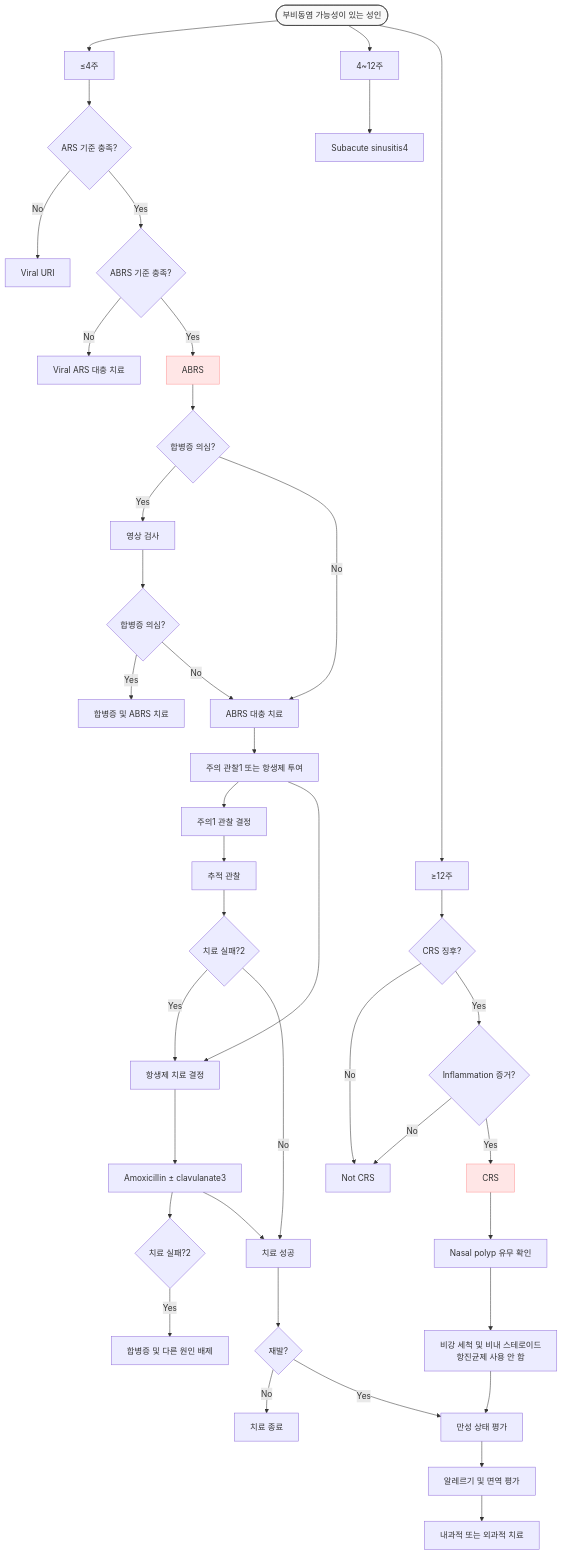
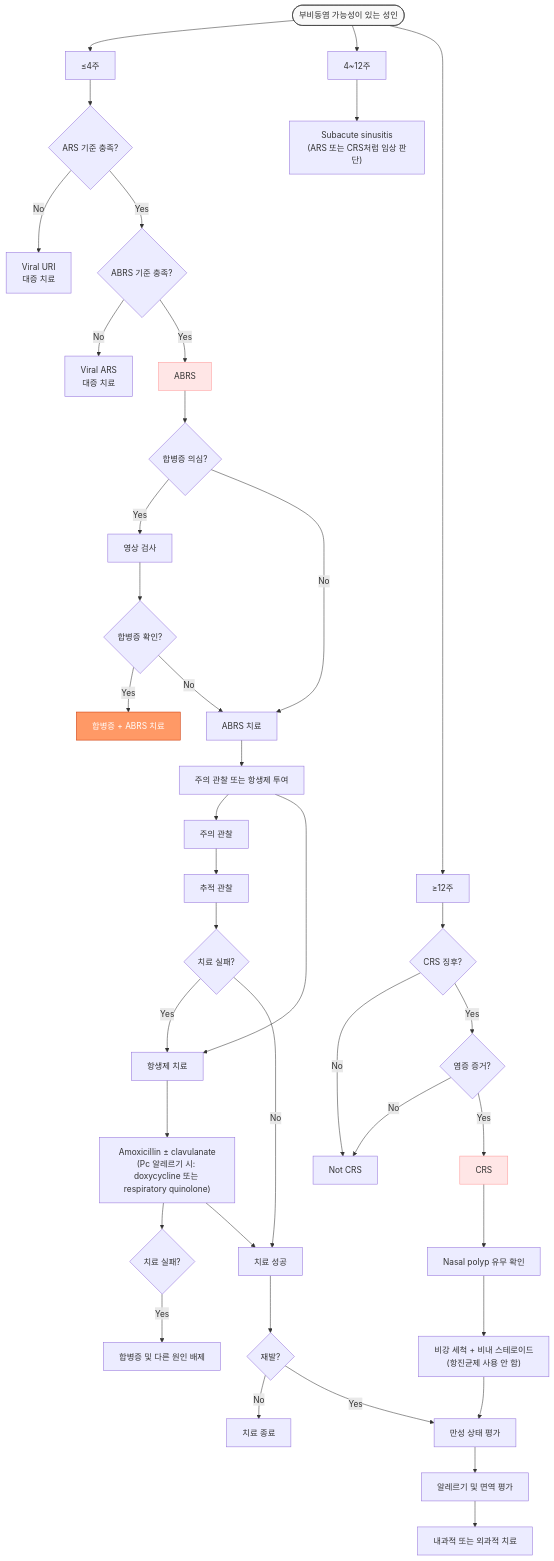
Before and after one commit to familyoh77/familyoh77: the diagram in 222_/053_-rhinosinusitis-sinusitis.md, drawn with Mermaid. The commit also changed other lines of this file and 1 other file, not shown here.

````diff
--- a/222_/053_-rhinosinusitis-sinusitis.md
+++ b/222_/053_-rhinosinusitis-sinusitis.md
@@ -369,71 +334,63 @@
 ```mermaid
 graph TD
-    %% 상단 시작 노드
     Start([부비동염 가능성이 있는 성인])
 
-    %% 기간별 분기
     Start --> LT4["≤4주"]
     Start --> B4to12["4~12주"]
     Start --> GT12["≥12주"]
 
-    %% [왼쪽] 4주 이하 경로
     LT4 --> ARS_C{ARS 기준 충족?}
-    ARS_C -- No --> Viral_URI[Viral URI]
+    ARS_C -- No --> Viral_URI[Viral URI\n대증 치료]
     ARS_C -- Yes --> ABRS_C{ABRS 기준 충족?}
-    
-    ABRS_C -- No --> Viral_ARS[Viral ARS 대충 치료]
+
+    ABRS_C -- No --> Viral_ARS[Viral ARS\n대증 치료]
     ABRS_C -- Yes --> ABRS[ABRS]
 
     ABRS --> Comp_1{합병증 의심?}
     Comp_1 -- Yes --> Imaging[영상 검사]
-    Comp_1 -- No --> ABRS_Tx[ABRS 대충 치료]
+    Comp_1 -- No --> ABRS_Tx[ABRS 치료]
 
-    Imaging --> Comp_2{합병증 의심?}
-    Comp_2 -- Yes --> Comp_Tx[합병증 및 ABRS 치료]
+    Imaging --> Comp_2{합병증 확인?}
+    Comp_2 -- Yes --> Comp_Tx[합병증 + ABRS 치료]
     Comp_2 -- No --> ABRS_Tx
 
-    ABRS_Tx --> Watch_Abx[주의 관찰1 또는 항생제 투여]
-    Watch_Abx --> Watch[주의1 관찰 결정]
-    Watch_Abx --> Abx[항생제 치료 결정]
+    ABRS_Tx --> Watch_Abx[주의 관찰 또는 항생제 투여]
+    Watch_Abx --> Watch[주의 관찰]
+    Watch_Abx --> Abx[항생제 치료]
 
     Watch --> Follow[추적 관찰]
-    Follow --> Fail_1{치료 실패?2}
+    Follow --> Fail_1{치료 실패?}
     Fail_1 -- Yes --> Abx
     Fail_1 -- No --> Success
 
-    Abx --> Amox[Amoxicillin ± clavulanate3]
-    Amox --> Fail_2{치료 실패?2}
+    Abx --> Amox["Amoxicillin ± clavulanate\n(Pc 알레르기 시: doxycycline 또는 respiratory quinolone)"]
+    Amox --> Fail_2{치료 실패?}
     Amox --> Success[치료 성공]
 
     Success --> Recur{재발?}
     Recur -- No --> End[치료 종료]
-    Recur -- Yes --> Eval_C((A))
+    Recur -- Yes --> Eval_C
 
     Fail_2 -- Yes --> Other_Rule[합병증 및 다른 원인 배제]
 
-    %% [중간] 4~12주
-    B4to12 --> Subacute[Subacute sinusitis4]
+    B4to12 --> Subacute["Subacute sinusitis\n(ARS 또는 CRS처럼 임상 판단)"]
 
-    %% [오른쪽] 12주 이상 경로 (CRS)
     GT12 --> CRS_S{CRS 징후?}
     CRS_S -- No --> Not_CRS[Not CRS]
-    CRS_S -- Yes --> Inflam_E{Inflammation 증거?}
-    
+    CRS_S -- Yes --> Inflam_E{염증 증거?}
+
     Inflam_E -- No --> Not_CRS
     Inflam_E -- Yes --> CRS[CRS]
 
     CRS --> Polyp[Nasal polyp 유무 확인]
-    Polyp --> Saline[비강 세척 및 비내 스테로이드
-    항진균제 사용 안 함]
+    Polyp --> Saline["비강 세척 + 비내 스테로이드\n(항진균제 사용 안 함)"]
     Saline --> Eval_C[만성 상태 평가]
 
-    %% 만성 관리 연결
- 
     Eval_C --> Eval_IM[알레르기 및 면역 평가]
     Eval_IM --> Final_Tx[내과적 또는 외과적 치료]
 
-    %% 스타일 지정
     style Start fill:#f9f9f9,stroke:#333
     style ABRS fill:#ffe6e6,stroke:#ff9999
     style CRS fill:#ffe6e6,stroke:#ff9999
+    style Comp_Tx fill:#ff9966,stroke:#cc3300,color:#fff
 ```
````
